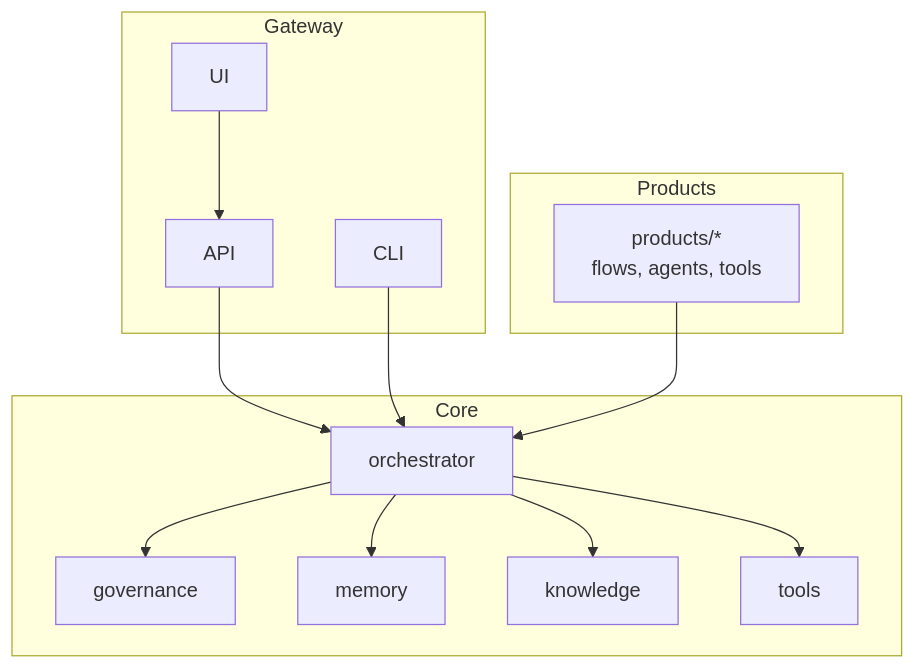
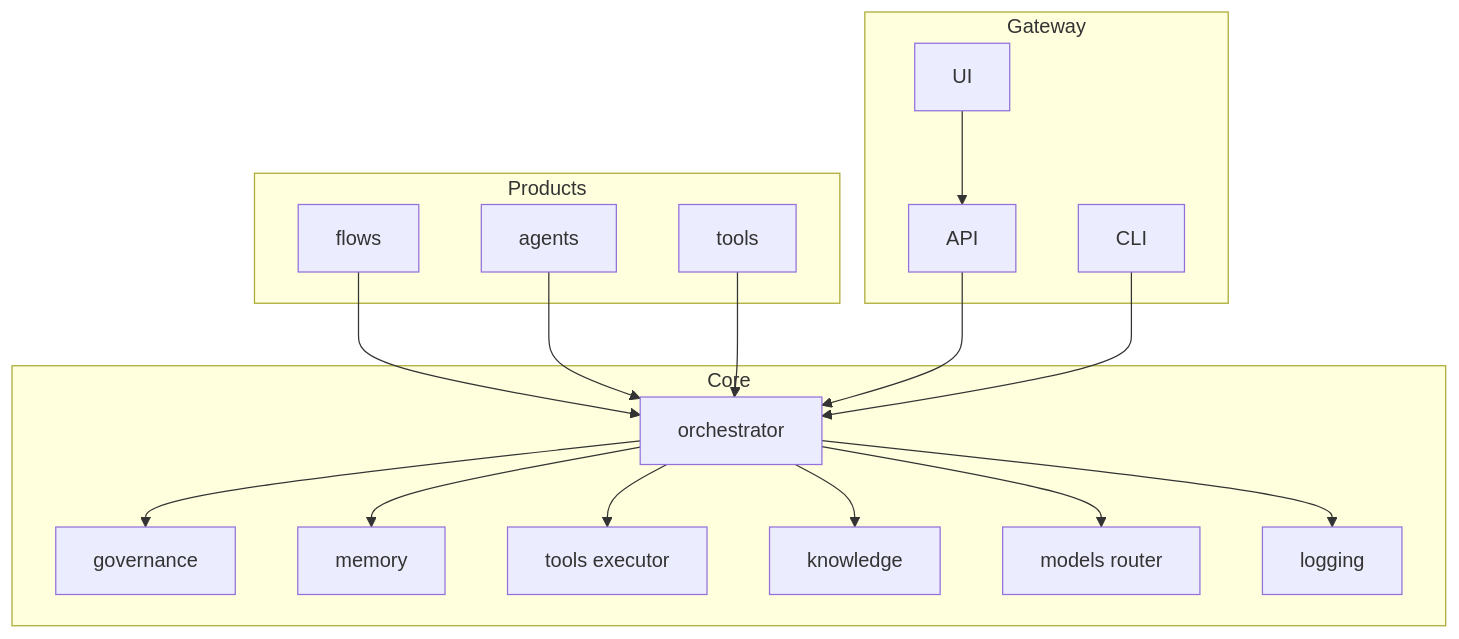
One commit to chethanp11/master changed the first of 5 diagrams in docs/overview.md. Above: the diagram before and after it, drawn with Mermaid. The commit also changed other lines of this file and 2 other files, not shown here.

````diff
--- a/docs/overview.md
+++ b/docs/overview.md
@@ -26,27 +28,36 @@
 ```mermaid
 flowchart TB
   subgraph Products
-    P[products/*<br/>flows, agents, tools]
+    P1[flows]
+    P2[agents]
+    P3[tools]
   end
   subgraph Core
     O[orchestrator]
     G[governance]
     M[memory]
+    T[tools executor]
     K[knowledge]
-    T[tools]
+    R[models router]
+    L[logging]
   end
   subgraph Gateway
     A[API]
     U[UI]
     C[CLI]
   end
 
+  P1 --> O
+  P2 --> O
+  P3 --> O
   A --> O
+  C --> O
   U --> A
-  C --> O
+
+  O --> G
+  O --> M
   O --> T
-  O --> M
-  O --> G
   O --> K
-  P --> O
+  O --> R
+  O --> L
 ```
````
